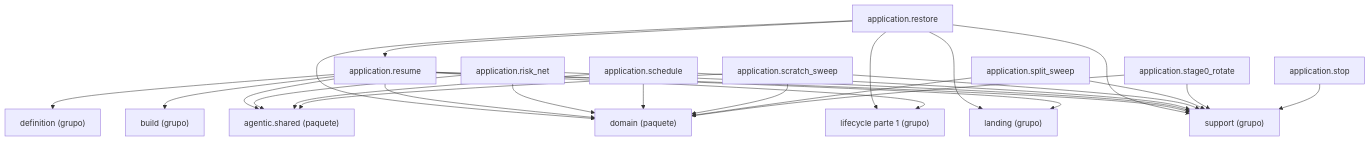
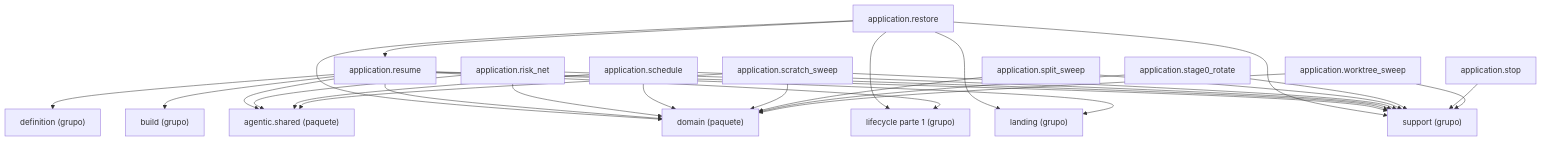
The diagram in docs/architecture/generated/packages-process-application-lifecycle-2.md (GonzaloZevallos/agentic-system), drawn with Mermaid before and after one commit. The commit also changed 6 other files, not shown here.

First line of the commit message:
Add the worktree sweep use case, not yet called by the poller

````diff
--- a/docs/architecture/generated/packages-process-application-lifecycle-2.md
+++ b/docs/architecture/generated/packages-process-application-lifecycle-2.md
@@ -17,44 +17,47 @@
 ```mermaid
 graph TD
     g_application__build["build (grupo)"]
     g_application__definition["definition (grupo)"]
     g_application__landing["landing (grupo)"]
     g_application__lifecycle__1["lifecycle parte 1 (grupo)"]
     g_application__support["support (grupo)"]
     g_pkg__agentic__shared["agentic.shared (paquete)"]
     g_pkg__domain["domain (paquete)"]
     m_application__restore["application.restore"]
     m_application__resume["application.resume"]
     m_application__risk_net["application.risk_net"]
     m_application__schedule["application.schedule"]
     m_application__scratch_sweep["application.scratch_sweep"]
     m_application__split_sweep["application.split_sweep"]
     m_application__stage0_rotate["application.stage0_rotate"]
     m_application__stop["application.stop"]
+    m_application__worktree_sweep["application.worktree_sweep"]
     m_application__restore --> g_application__landing
     m_application__restore --> g_application__lifecycle__1
     m_application__restore --> g_application__support
     m_application__restore --> g_pkg__domain
     m_application__restore --> m_application__resume
     m_application__resume --> g_application__build
     m_application__resume --> g_application__definition
     m_application__resume --> g_application__landing
     m_application__resume --> g_application__lifecycle__1
     m_application__resume --> g_application__support
     m_application__resume --> g_pkg__agentic__shared
     m_application__resume --> g_pkg__domain
     m_application__risk_net --> g_application__support
     m_application__risk_net --> g_pkg__agentic__shared
     m_application__risk_net --> g_pkg__domain
     m_application__schedule --> g_application__support
     m_application__schedule --> g_pkg__agentic__shared
     m_application__schedule --> g_pkg__domain
     m_application__scratch_sweep --> g_application__support
     m_application__scratch_sweep --> g_pkg__agentic__shared
     m_application__scratch_sweep --> g_pkg__domain
     m_application__split_sweep --> g_application__support
     m_application__split_sweep --> g_pkg__domain
     m_application__stage0_rotate --> g_application__support
     m_application__stage0_rotate --> g_pkg__domain
     m_application__stop --> g_application__support
+    m_application__worktree_sweep --> g_application__support
+    m_application__worktree_sweep --> g_pkg__domain
 ```
````
